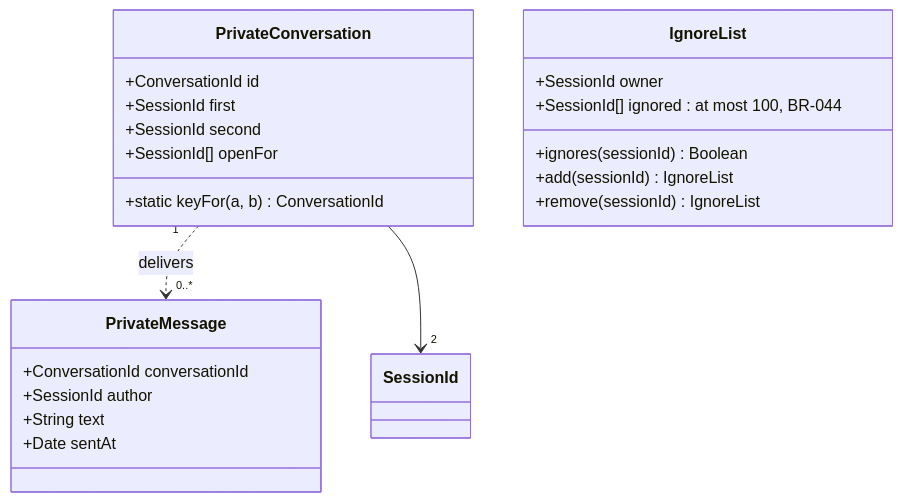
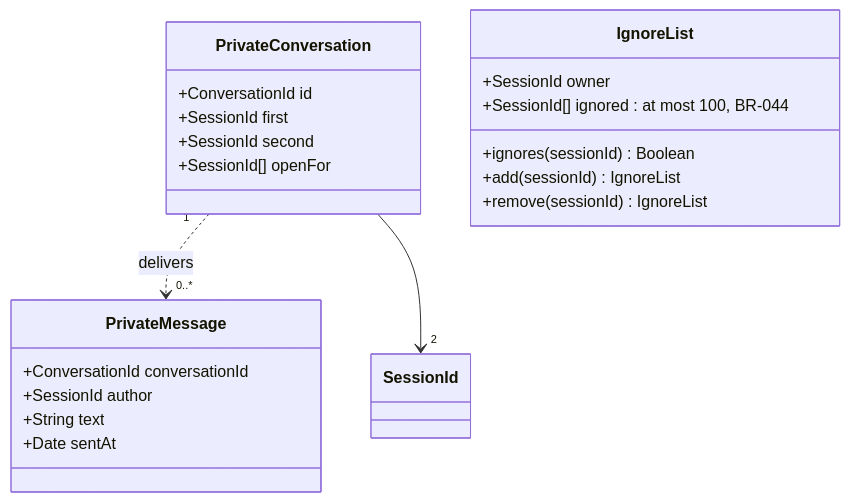
One commit to benoit-bremaud/asv changed the diagram in docs/architecture/diagrams/private-conversations/04-class.md. Above: the diagram before and after it, drawn with Mermaid. The commit also changed 27 other files, not shown here.

````diff
--- a/docs/architecture/diagrams/private-conversations/04-class.md
+++ b/docs/architecture/diagrams/private-conversations/04-class.md
@@ -12,25 +12,24 @@
 ```mermaid
 classDiagram
   class PrivateConversation {
     +ConversationId id
     +SessionId first
     +SessionId second
     +SessionId[] openFor
-    +static keyFor(a, b) ConversationId
   }
   class PrivateMessage {
     +ConversationId conversationId
     +SessionId author
     +String text
     +Date sentAt
   }
   class IgnoreList {
     +SessionId owner
     +SessionId[] ignored : at most 100, BR-044
     +ignores(sessionId) Boolean
     +add(sessionId) IgnoreList
     +remove(sessionId) IgnoreList
   }
   PrivateConversation "1" ..> "0..*" PrivateMessage : delivers
   PrivateConversation --> "2" SessionId
 ```
````
